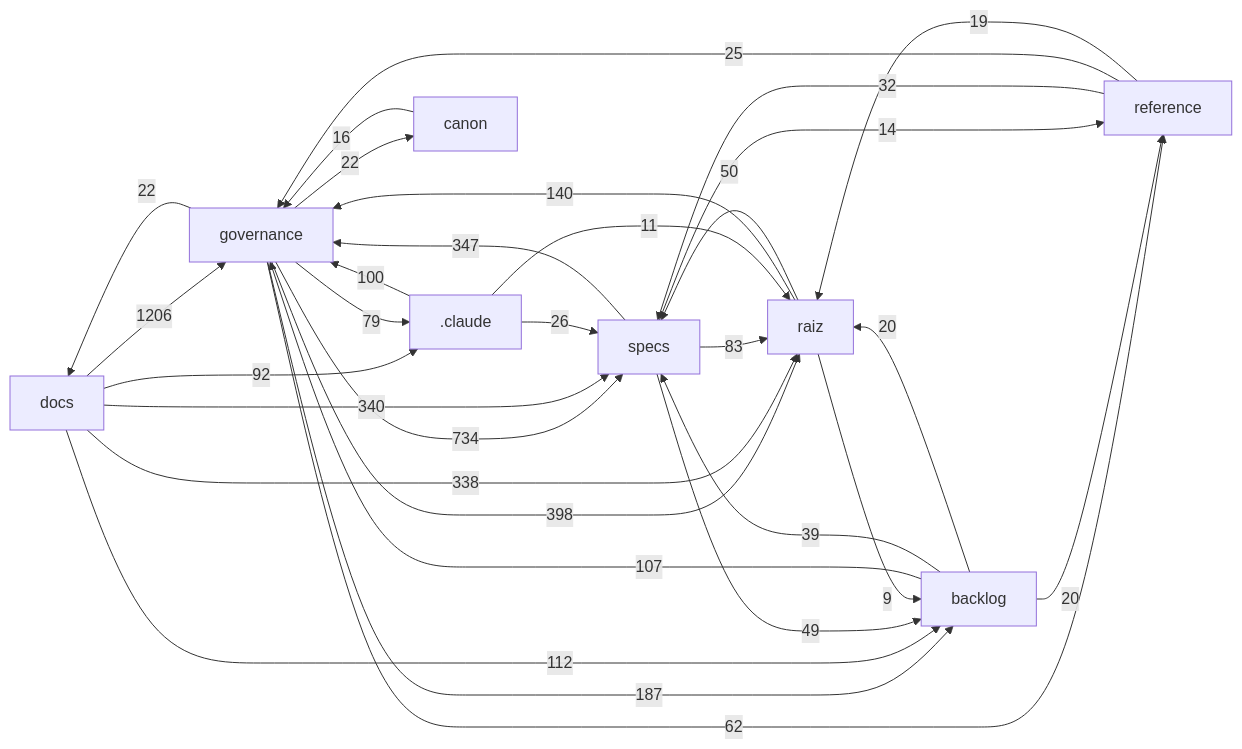
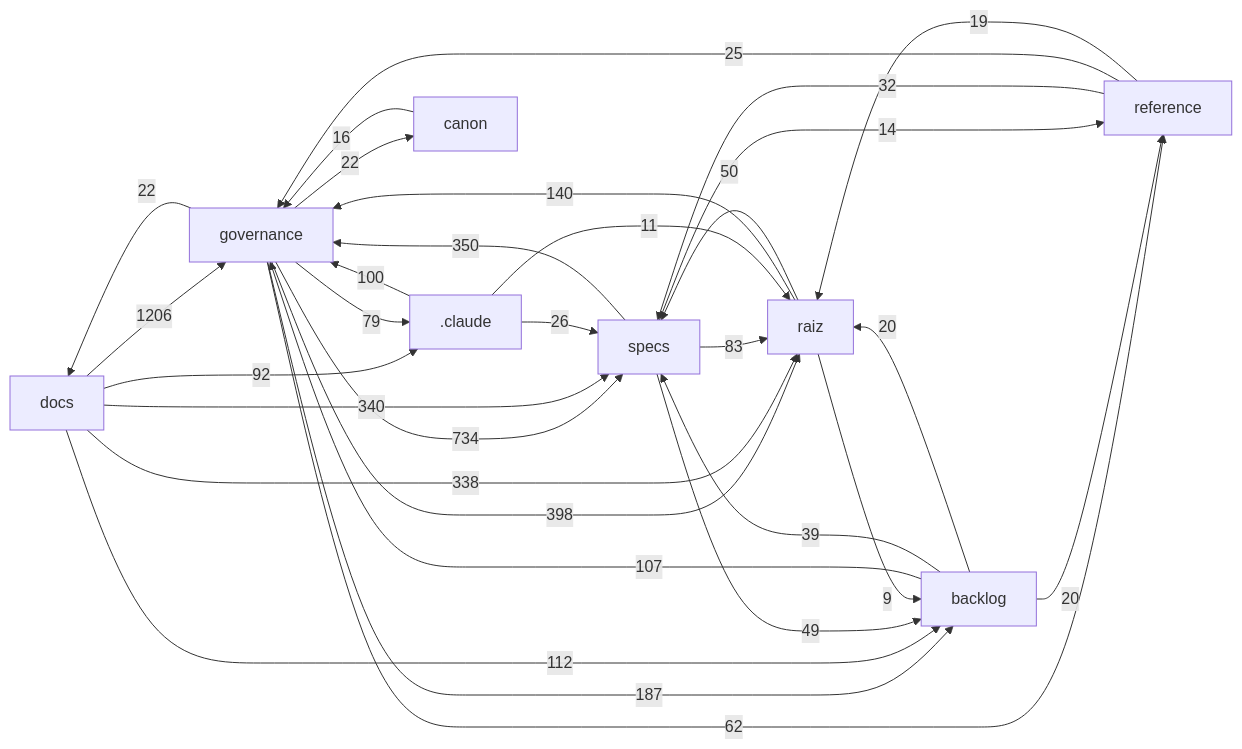
The diagram in docs/mapa/MAPA-PROJETO.md (Andraus35/Sistema-Operacional-de-Trading--SOT), drawn with Mermaid before and after one commit. The commit also changed other lines of this file and 3 other files, not shown here.

````diff
--- a/docs/mapa/MAPA-PROJETO.md
+++ b/docs/mapa/MAPA-PROJETO.md
@@ -29,33 +29,33 @@
 ```mermaid
 flowchart LR
   docs["docs"] -->|1206| governance["governance"]
   governance["governance"] -->|734| specs["specs"]
   governance["governance"] -->|398| raiz["raiz"]
-  specs["specs"] -->|347| governance["governance"]
+  specs["specs"] -->|350| governance["governance"]
   docs["docs"] -->|340| specs["specs"]
   docs["docs"] -->|338| raiz["raiz"]
   governance["governance"] -->|187| backlog["backlog"]
   raiz["raiz"] -->|140| governance["governance"]
   docs["docs"] -->|112| backlog["backlog"]
   backlog["backlog"] -->|107| governance["governance"]
   _claude[".claude"] -->|100| governance["governance"]
   docs["docs"] -->|92| _claude[".claude"]
   specs["specs"] -->|83| raiz["raiz"]
   governance["governance"] -->|79| _claude[".claude"]
   governance["governance"] -->|62| reference["reference"]
   raiz["raiz"] -->|50| specs["specs"]
   specs["specs"] -->|49| backlog["backlog"]
   backlog["backlog"] -->|39| specs["specs"]
   reference["reference"] -->|32| specs["specs"]
   _claude[".claude"] -->|26| specs["specs"]
   reference["reference"] -->|25| governance["governance"]
   governance["governance"] -->|22| docs["docs"]
   governance["governance"] -->|22| canon["canon"]
   backlog["backlog"] -->|20| raiz["raiz"]
   backlog["backlog"] -->|20| reference["reference"]
   reference["reference"] -->|19| raiz["raiz"]
   canon["canon"] -->|16| governance["governance"]
   specs["specs"] -->|14| reference["reference"]
   _claude[".claude"] -->|11| raiz["raiz"]
   raiz["raiz"] -->|9| backlog["backlog"]
 ```
````
